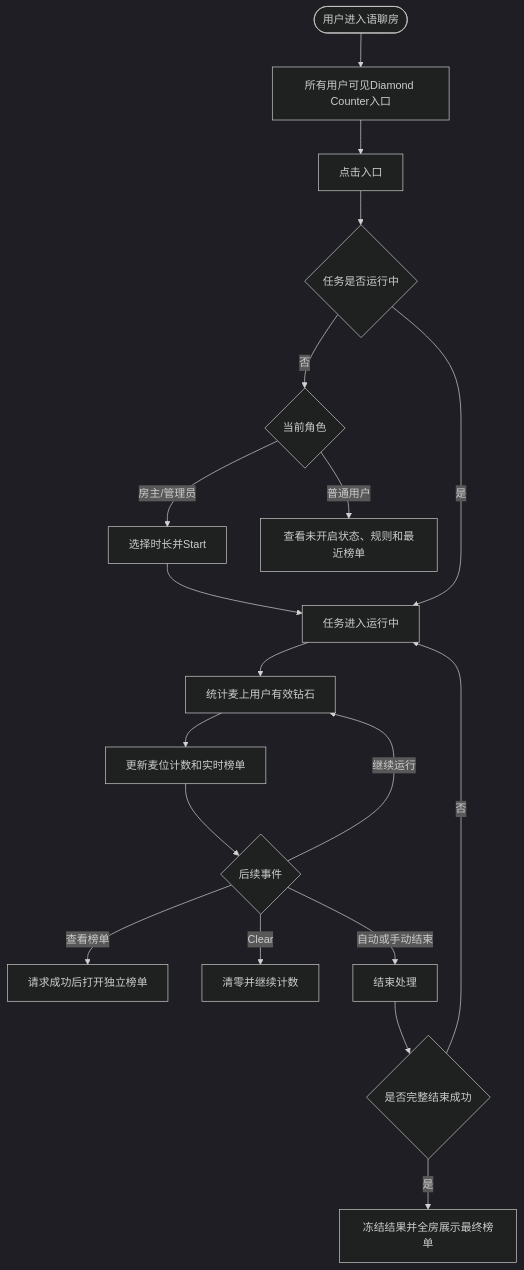
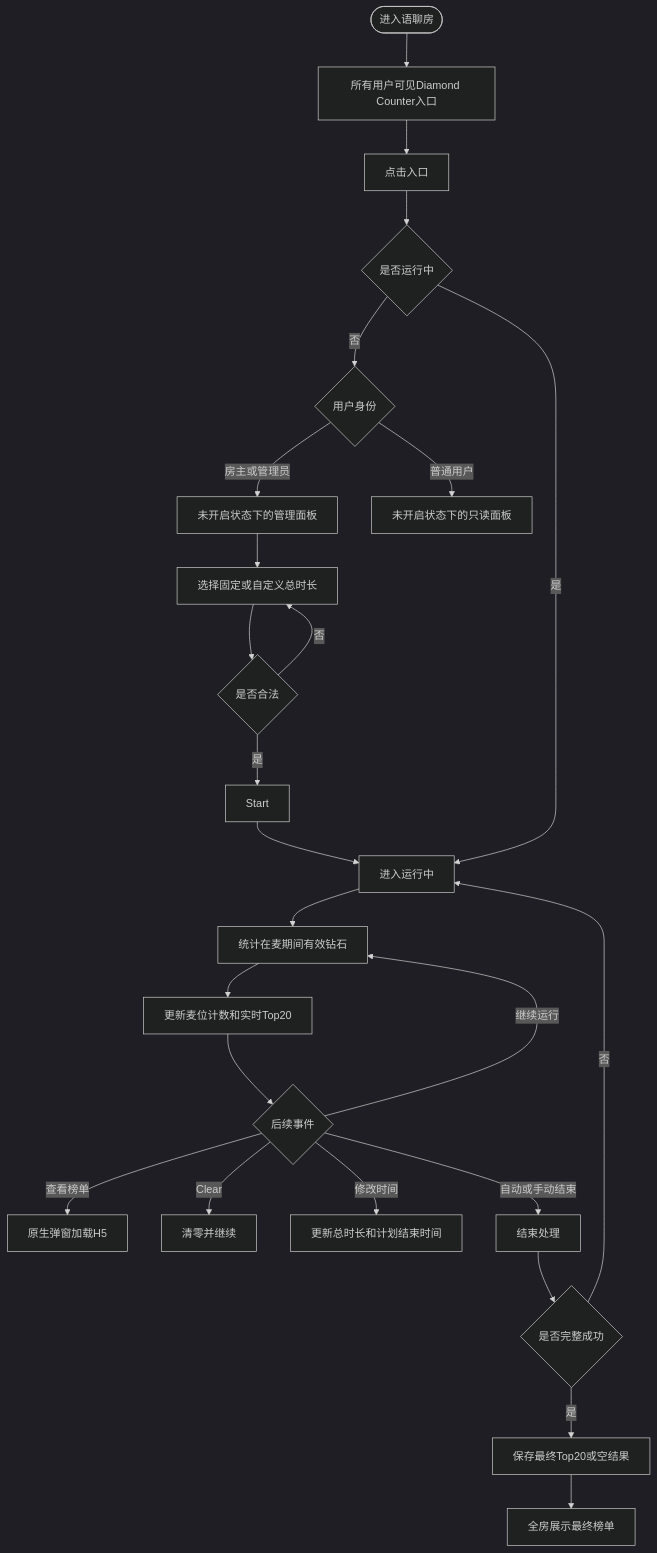
One commit to Chawucikela/TOP-KHALIJ changed the first of 5 diagrams in 钻石计数器/钻石计数器-PRD.md. Above: the diagram before and after it, drawn with Mermaid (dark theme). The commit also changed other lines of this file and 16 other files, not shown here.

````diff
--- a/钻石计数器/钻石计数器-PRD.md
+++ b/钻石计数器/钻石计数器-PRD.md
@@ -134,21 +117,27 @@
 ```mermaid
 flowchart TD
-    A([用户进入语聊房]) --> B[所有用户可见Diamond Counter入口]
-    B --> C[点击入口]
-    C --> D{任务是否运行中}
-    D -- 否 --> E{当前角色}
-    E -- 房主/管理员 --> F[选择时长并Start]
-    E -- 普通用户 --> G[查看未开启状态、规则和最近榜单]
-    F --> H[任务进入运行中]
-    D -- 是 --> H
-    H --> I[统计麦上用户有效钻石]
-    I --> J[更新麦位计数和实时榜单]
-    J --> K{后续事件}
-    K -- 查看榜单 --> L[请求成功后打开独立榜单]
-    K -- Clear --> M[清零并继续计数]
-    K -- 自动或手动结束 --> N[结束处理]
-    K -- 继续运行 --> I
-    N --> O{是否完整结束成功}
-    O -- 否 --> H
-    O -- 是 --> P[冻结结果并全房展示最终榜单]
+ A([进入语聊房]) --> B[所有用户可见Diamond Counter入口]
+ B --> C[点击入口]
+ C --> D{是否运行中}
+ D -- 否 --> E{用户身份}
+ E -- 房主或管理员 --> F[未开启状态下的管理面板]
+ E -- 普通用户 --> G[未开启状态下的只读面板]
+ F --> H[选择固定或自定义总时长]
+ H --> I{是否合法}
+ I -- 否 --> H
+ I -- 是 --> J[Start]
+ J --> K[进入运行中]
+ D -- 是 --> K
+ K --> L[统计在麦期间有效钻石]
+ L --> M[更新麦位计数和实时Top20]
+ M --> N{后续事件}
+ N -- 查看榜单 --> O[原生弹窗加载H5]
+ N -- Clear --> P[清零并继续]
+ N -- 修改时间 --> Q[更新总时长和计划结束时间]
+ N -- 自动或手动结束 --> R[结束处理]
+ N -- 继续运行 --> L
+ R --> S{是否完整成功}
+ S -- 否 --> K
+ S -- 是 --> T[保存最终Top20或空结果]
+ T --> U[全房展示最终榜单]
 ```
````
